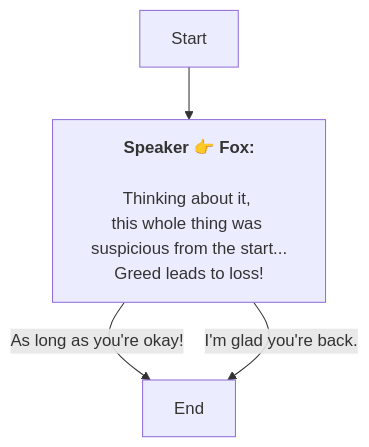
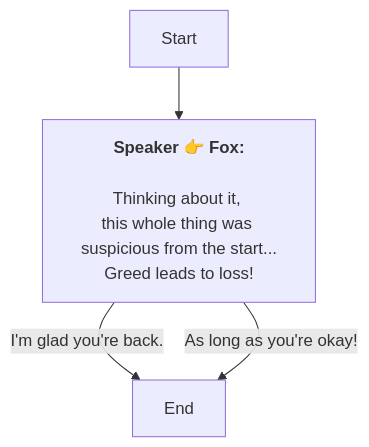
The diagram in En/QuestStartTalkENode_1739146114390373.md (SoftHu/tos_avg), drawn with Mermaid before and after one commit. The commit also changed other lines of this file and 780 other files, not shown here.

````diff
--- a/En/QuestStartTalkENode_1739146114390373.md
+++ b/En/QuestStartTalkENode_1739146114390373.md
@@ -1,10 +1,10 @@
 ```mermaid
 graph
 Start -->1770679271752837[<b>Speaker 👉 Fox:</b>
 \nThinking about it, 
 this whole thing was suspicious from the start...
 Greed leads to loss!]
+1770679271752837 -->|I'm glad you're back.|1739146289998191[End]
 1770679271752837 -->|As long as you're okay!|1739146289998191[End]
-1770679271752837 -->|I'm glad you're back.|1739146289998191[End]
 
 ```
````
